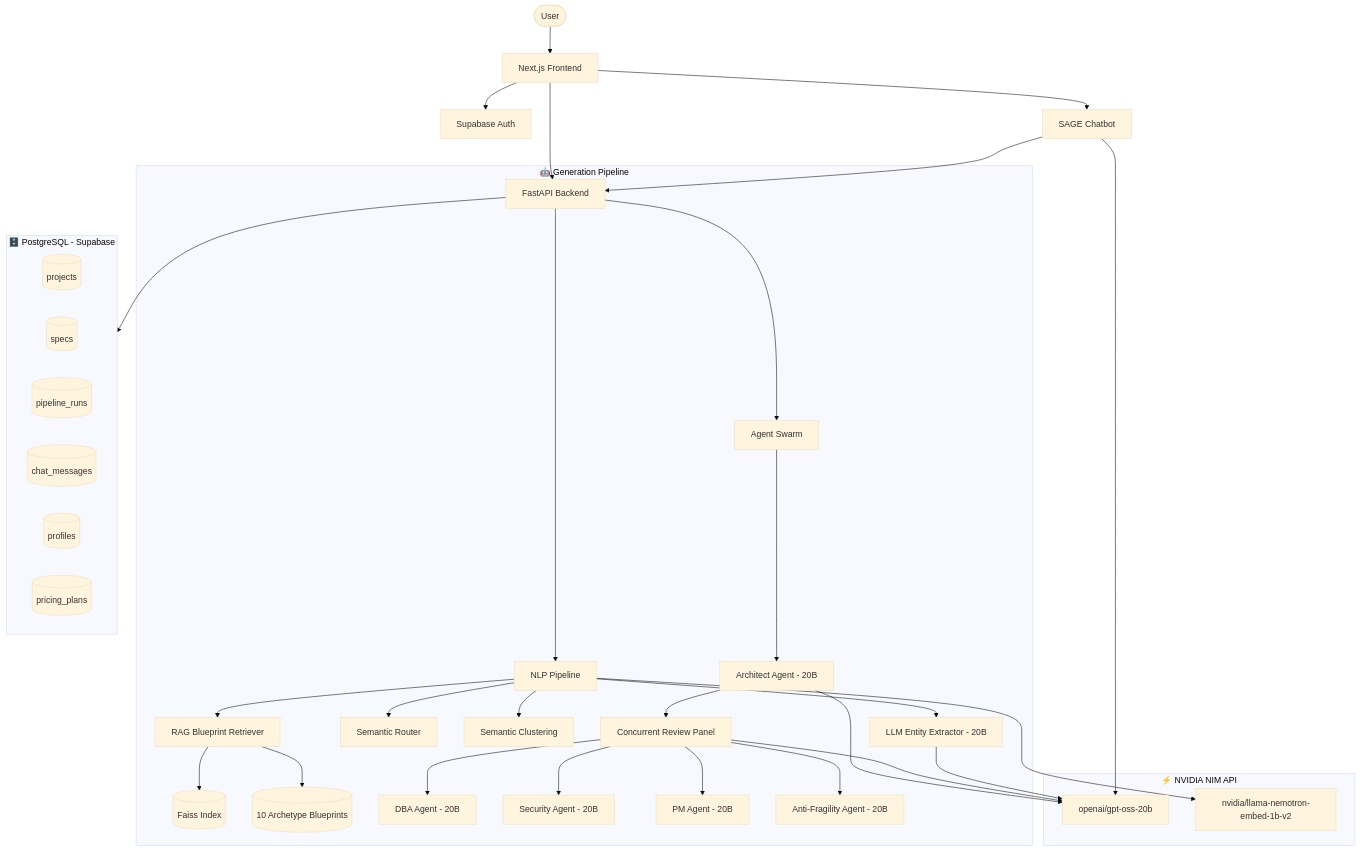
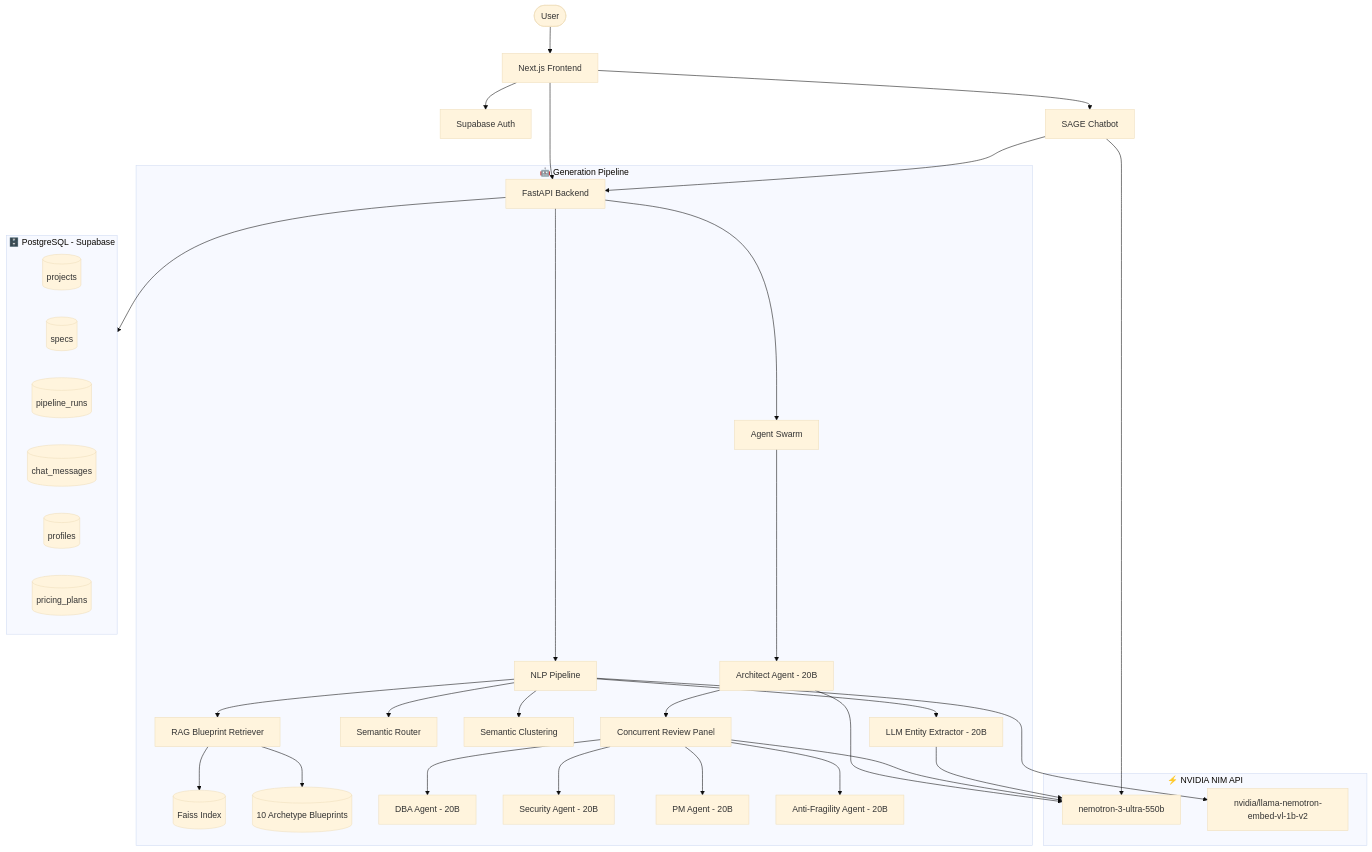
One commit to Kushal-Raj-G-S/Baxel-Spec-to-Backend-Architect changed the diagram in README.md. Above: the diagram before and after it, drawn with Mermaid (base theme). The commit also changed other lines of this file and 10 other files, not shown here.

First line of the commit message:
Switch to Nemotron, add runnable scaffolds and Supabase schema

````diff
--- a/README.md
+++ b/README.md
@@ -118,49 +116,49 @@
 ```mermaid
 graph TD
     User([User]) --> FE[Next.js Frontend]
 
     FE --> Auth[Supabase Auth]
     FE --> API[FastAPI Backend]
 
     subgraph Pipeline["🤖 Generation Pipeline"]
         API --> NLP[NLP Pipeline]
         NLP --> EntityExtractor[LLM Entity Extractor - 20B]
         NLP --> SemanticRouter[Semantic Router]
         NLP --> Clustering[Semantic Clustering]
         NLP --> RAG[RAG Blueprint Retriever]
         RAG --> Faiss[(Faiss Index)]
         RAG --> Blueprints[(10 Archetype Blueprints)]
 
         API --> Swarm[Agent Swarm]
         Swarm --> Architect[Architect Agent - 20B]
         Architect --> Reviews[Concurrent Review Panel]
         Reviews --> DBA[DBA Agent - 20B]
         Reviews --> Security[Security Agent - 20B]
         Reviews --> PM[PM Agent - 20B]
         Reviews --> AntiFragility[Anti-Fragility Agent - 20B]
     end
 
     subgraph Storage["🗄️ PostgreSQL - Supabase"]
         DB[(projects)]
         DB2[(specs)]
         DB3[(pipeline_runs)]
         DB4[(chat_messages)]
         DB5[(profiles)]
         DB6[(pricing_plans)]
     end
 
     API --> Storage
     FE --> SAGE[SAGE Chatbot]
     SAGE --> API
 
     subgraph LLM["⚡ NVIDIA NIM API"]
-        Model20B[openai/gpt-oss-20b]
-        EmbedModel[nvidia/llama-nemotron-embed-1b-v2]
+        Model20B[nemotron-3-ultra-550b]
+        EmbedModel[nvidia/llama-nemotron-embed-vl-1b-v2]
     end
 
     Architect --> Model20B
     Reviews --> Model20B
     EntityExtractor --> Model20B
     NLP --> EmbedModel
     SAGE --> Model20B
 ```
````
